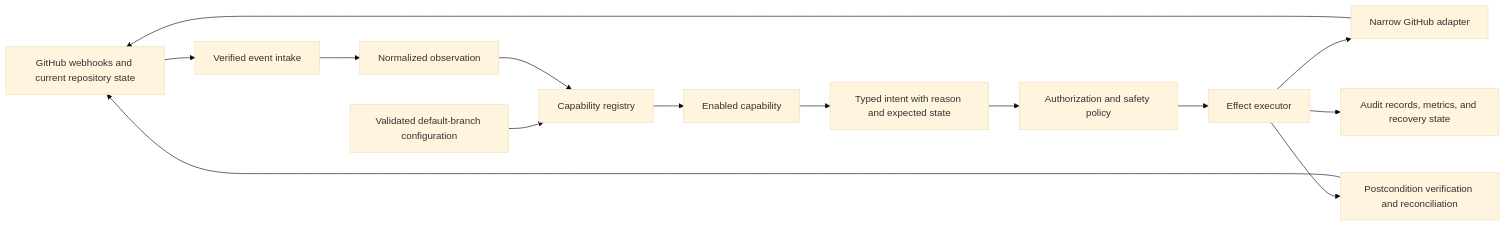
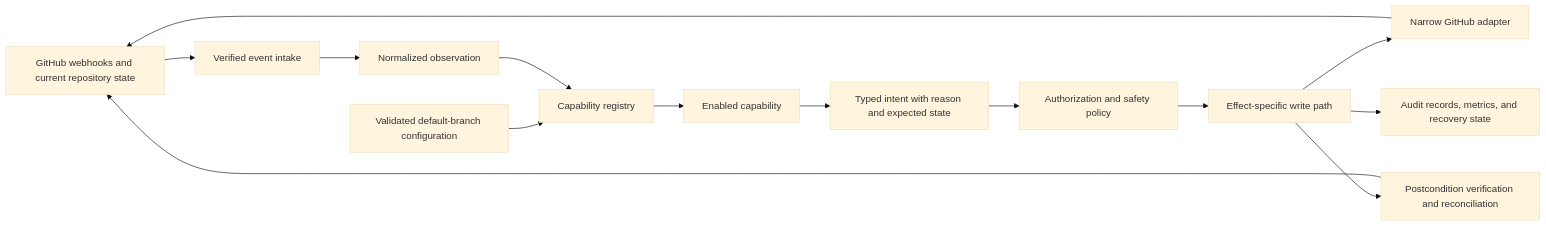
Before and after one commit to cheese-cakee/sdk-automations: the first of 2 diagrams in design/architecture.md, drawn with Mermaid (base theme). The commit also changed other lines of this file and 50 other files, not shown here.

````diff
--- a/design/architecture.md
+++ b/design/architecture.md
@@ -24,16 +24,16 @@
 ```mermaid
 flowchart LR
     GH["GitHub webhooks and current repository state"] --> IN["Verified event intake"]
     IN --> OBS["Normalized observation"]
     CFG["Validated default-branch configuration"] --> REG["Capability registry"]
     OBS --> REG
     REG --> CAP["Enabled capability"]
     CAP --> INTENT["Typed intent with reason and expected state"]
     INTENT --> POL["Authorization and safety policy"]
-    POL --> EXEC["Effect executor"]
-    EXEC --> ADP["Narrow GitHub adapter"]
+    POL --> WRITE["Effect-specific write path"]
+    WRITE --> ADP["Narrow GitHub adapter"]
     ADP --> GH
-    EXEC --> VERIFY["Postcondition verification and reconciliation"]
+    WRITE --> VERIFY["Postcondition verification and reconciliation"]
     VERIFY --> GH
-    EXEC --> OPS["Audit records, metrics, and recovery state"]
+    WRITE --> OPS["Audit records, metrics, and recovery state"]
 ```
````
